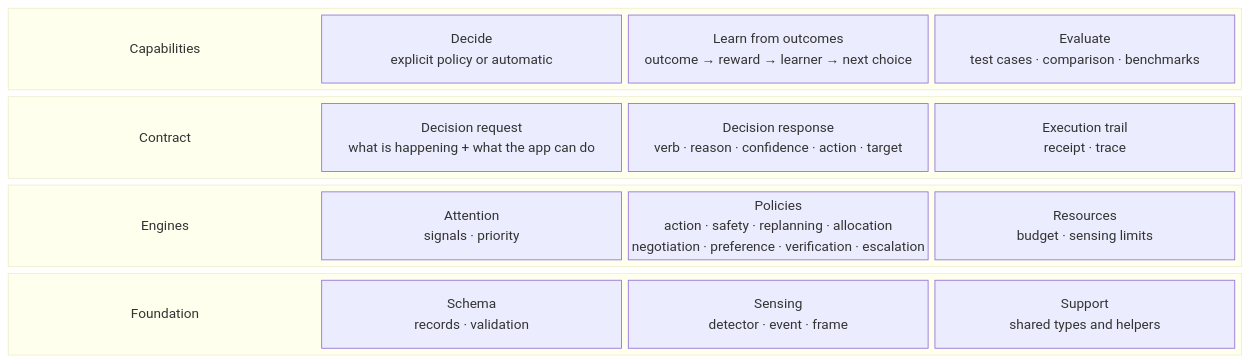
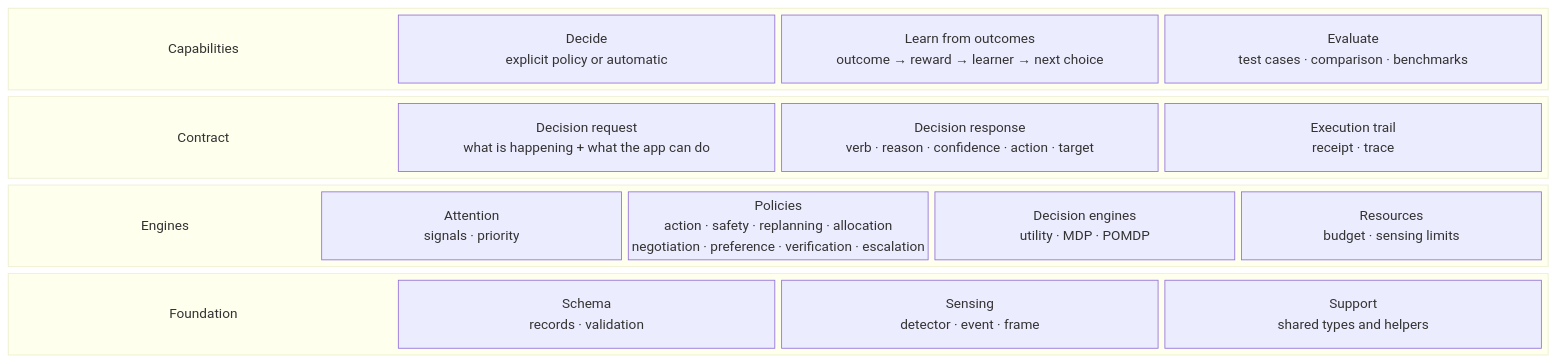
The diagram in docs/core/00-core-architecture.md (michaelatamuk/laix), drawn with Mermaid before and after one commit. The commit also changed other lines of this file and 72 other files, not shown here.

````diff
--- a/docs/core/00-core-architecture.md
+++ b/docs/core/00-core-architecture.md
@@ -5,41 +5,42 @@
 ```mermaid
 block-beta
     columns 1
 
     block:capabilities
         columns 4
         capabilities_label["Capabilities"]
         decide["Decide<br/>explicit policy or automatic"]
         learn["Learn from outcomes<br/>outcome → reward → learner → next choice"]
         evaluate["Evaluate<br/>test cases · comparison · benchmarks"]
     end
 
     block:contract
         columns 4
         contract_label["Contract"]
         request["Decision request<br/>what is happening + what the app can do"]
         response["Decision response<br/>verb · reason · confidence · action · target"]
         trail["Execution trail<br/>receipt · trace"]
     end
 
     block:engines
-        columns 4
+        columns 5
         engines_label["Engines"]
         attention["Attention<br/>signals · priority"]
         policies["Policies<br/>action · safety · replanning · allocation<br/>negotiation · preference · verification · escalation"]
+        planners["Decision engines<br/>utility · MDP · POMDP"]
         resources["Resources<br/>budget · sensing limits"]
     end
 
     block:foundation
         columns 4
         foundation_label["Foundation"]
         schema["Schema<br/>records · validation"]
         sensing["Sensing<br/>detector · event · frame"]
         support["Support<br/>shared types and helpers"]
     end
 
     style capabilities_label fill:transparent,stroke:transparent,font-size:22px,font-weight:bold
     style contract_label fill:transparent,stroke:transparent,font-size:14px,font-weight:bold
     style engines_label fill:transparent,stroke:transparent,font-weight:bold
     style foundation_label fill:transparent,stroke:transparent,font-weight:bold
 ```
````
